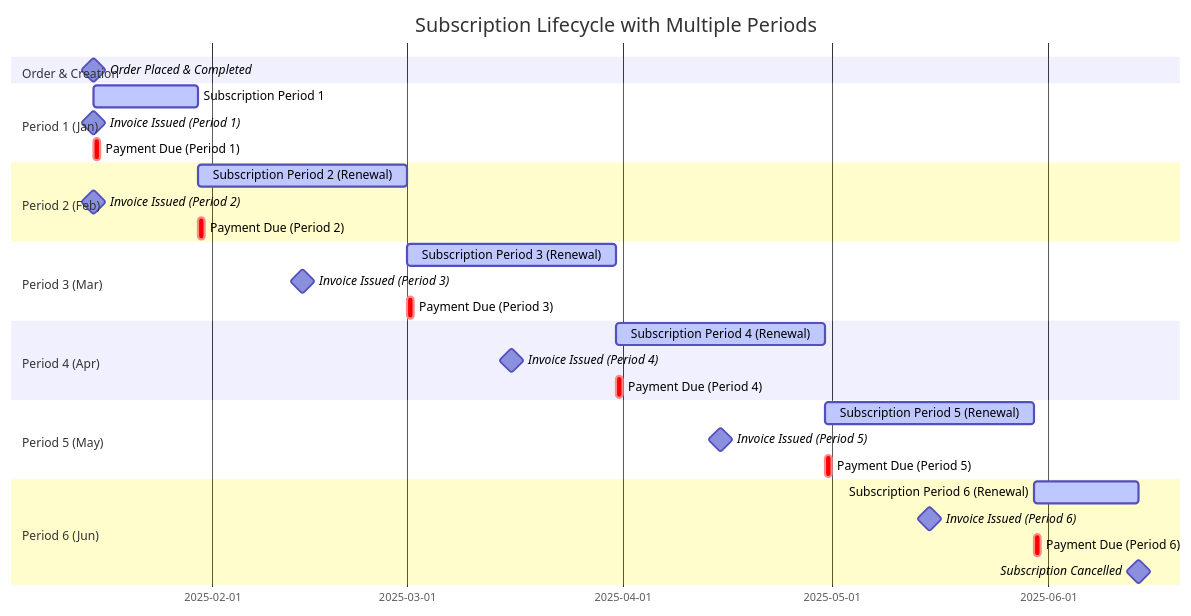
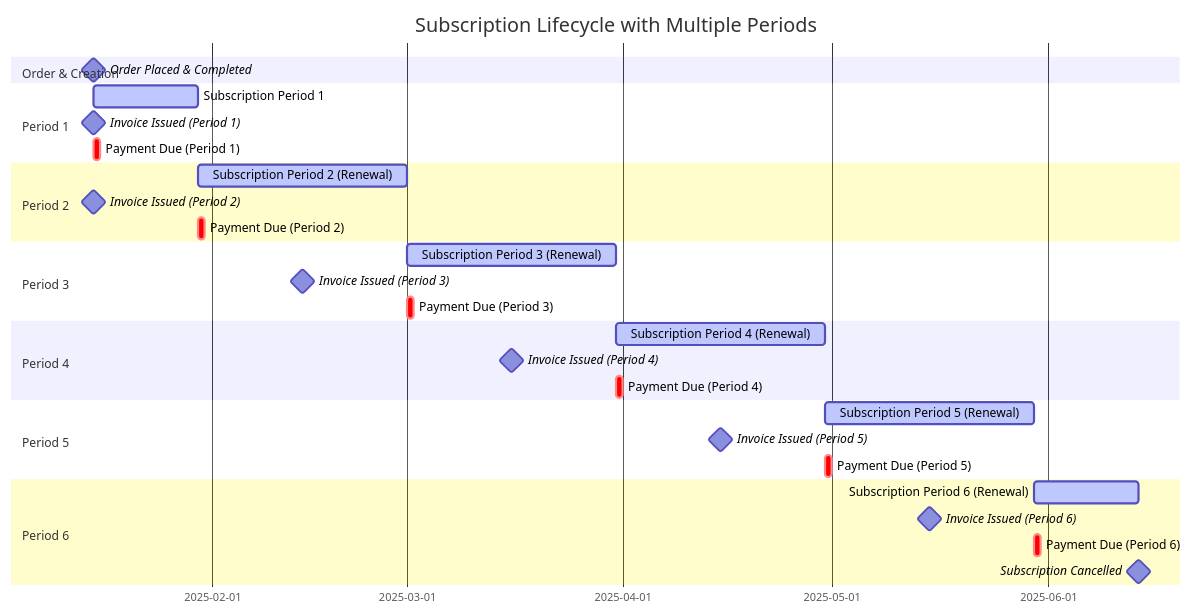
The first of 2 diagrams in source/subscription/lifecycle.rst (infosoftas/info-subscription-doc), drawn with Mermaid before and after one commit.

Commit message:
Fixed period and date discrepancy

```diff
--- a/source/subscription/lifecycle.rst
+++ b/source/subscription/lifecycle.rst
@@ -65,39 +65,39 @@
 .. mermaid::
 
     gantt
         title Subscription Lifecycle with Multiple Periods
         dateFormat  YYYY-MM-DD
         
         section Order & Creation
             Order Placed & Completed   :milestone, order, 2025-01-15, 0d
             
-        section Period 1 (Jan)
+        section Period 1
             Subscription Period 1   :active, period1, 2025-01-15, 15d
             Invoice Issued (Period 1)   :milestone, inv1, 2025-01-15, 0d
             Payment Due (Period 1)   :crit, due1, 2025-01-15, 1d
             
-        section Period 2 (Feb)
+        section Period 2
             Subscription Period 2 (Renewal)   :active, period2, 2025-01-30, 30d
             Invoice Issued (Period 2)   :milestone, inv2, 2025-01-15, 0d
             Payment Due (Period 2)   :crit, due2, 2025-01-30, 1d
             
-        section Period 3 (Mar)
+        section Period 3
             Subscription Period 3 (Renewal)   :active, period3, 2025-03-01, 30d
             Invoice Issued (Period 3)   :milestone, inv3, 2025-02-14, 0d
             Payment Due (Period 3)   :crit, due3, 2025-03-01, 1d
             
-        section Period 4 (Apr)
+        section Period 4
             Subscription Period 4 (Renewal)   :active, period4, 2025-03-31, 30d
             Invoice Issued (Period 4)   :milestone, inv4, 2025-03-16, 0d
             Payment Due (Period 4)   :crit, due4, 2025-03-31, 1d
             
-        section Period 5 (May)
+        section Period 5
             Subscription Period 5 (Renewal)   :active, period5, 2025-04-30, 30d
             Invoice Issued (Period 5)   :milestone, inv5, 2025-04-15, 0d
             Payment Due (Period 5)   :crit, due5, 2025-04-30, 1d
             
-        section Period 6 (Jun)
+        section Period 6
             Subscription Period 6 (Renewal)   :active, period6, 2025-05-30, 15d
             Invoice Issued (Period 6)   :milestone, inv6, 2025-05-15, 0d
             Payment Due (Period 6)   :crit, due6, 2025-05-30, 1d
             Subscription Cancelled   :milestone, cancel, 2025-06-14, 0d
```
